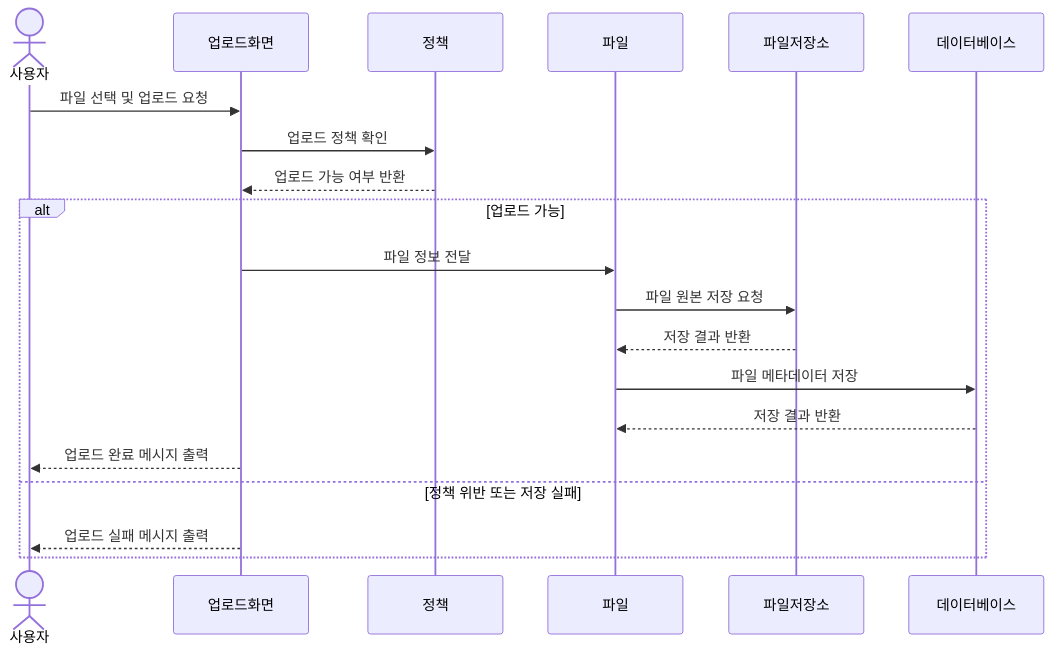
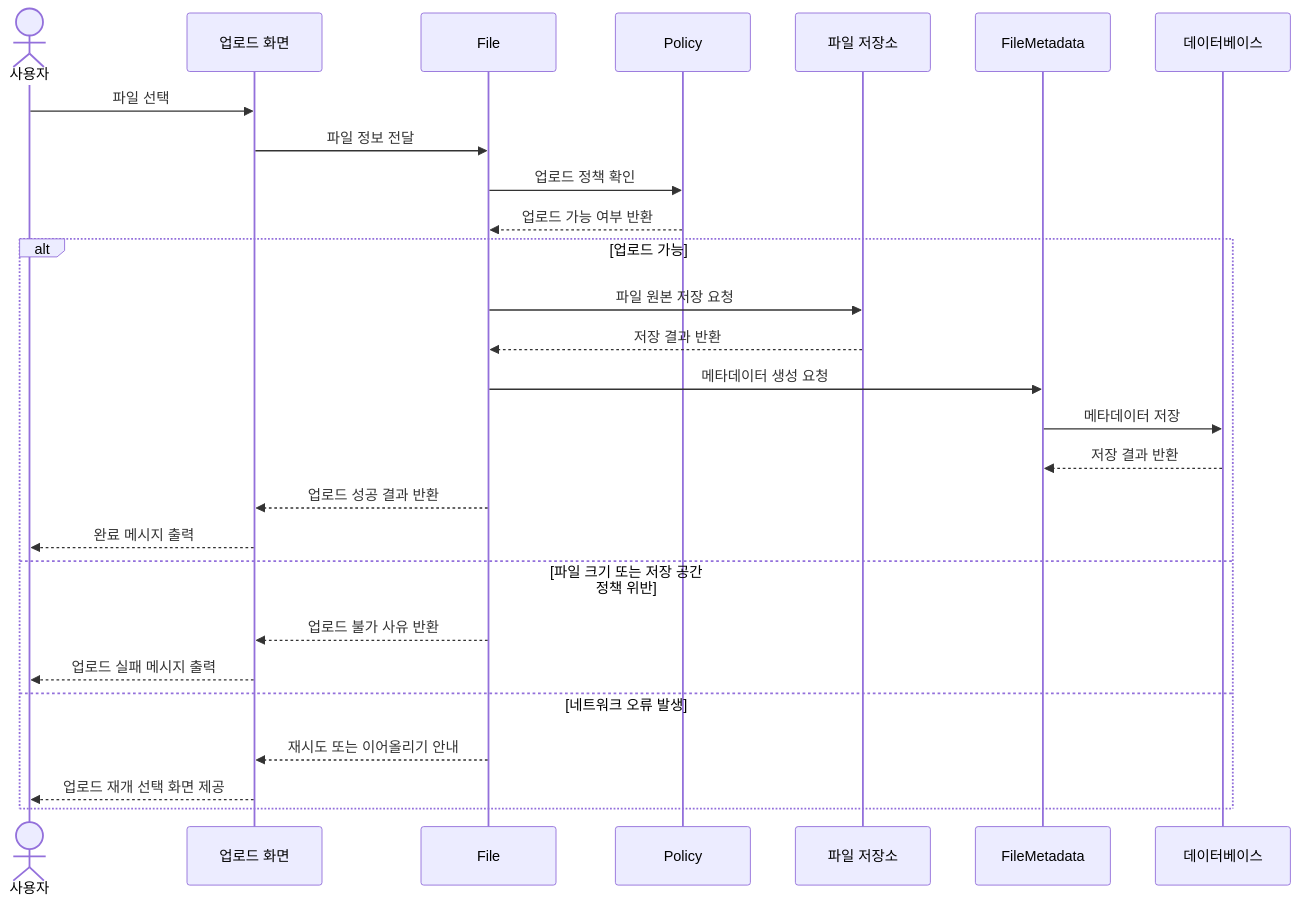
One commit to csharon0218/se changed the eighth of 16 diagrams in doc/requirements_analysis.md. Above: the diagram before and after it, drawn with Mermaid. The commit also changed other lines of this file and 7 other files, not shown here.

````diff
--- a/doc/requirements_analysis.md
+++ b/doc/requirements_analysis.md
@@ -1205,23 +1504,31 @@
 ```mermaid
 sequenceDiagram
     actor User as 사용자
-    participant UI as 업로드화면
-    participant Policy as 정책
-    participant File as 파일
-    participant Storage as 파일저장소
+    participant UI as 업로드 화면
+    participant File as File
+    participant Policy as Policy
+    participant Storage as 파일 저장소
+    participant Meta as FileMetadata
     participant DB as 데이터베이스
 
-    User->>UI: 파일 선택 및 업로드 요청
-    UI->>Policy: 업로드 정책 확인
-    Policy-->>UI: 업로드 가능 여부 반환
+    User->>UI: 파일 선택
+    UI->>File: 파일 정보 전달
+    File->>Policy: 업로드 정책 확인
+    Policy-->>File: 업로드 가능 여부 반환
+
     alt 업로드 가능
-        UI->>File: 파일 정보 전달
         File->>Storage: 파일 원본 저장 요청
         Storage-->>File: 저장 결과 반환
-        File->>DB: 파일 메타데이터 저장
-        DB-->>File: 저장 결과 반환
-        UI-->>User: 업로드 완료 메시지 출력
-    else 정책 위반 또는 저장 실패
+        File->>Meta: 메타데이터 생성 요청
+        Meta->>DB: 메타데이터 저장
+        DB-->>Meta: 저장 결과 반환
+        File-->>UI: 업로드 성공 결과 반환
+        UI-->>User: 완료 메시지 출력
+    else 파일 크기 또는 저장 공간 정책 위반
+        File-->>UI: 업로드 불가 사유 반환
         UI-->>User: 업로드 실패 메시지 출력
+    else 네트워크 오류 발생
+        File-->>UI: 재시도 또는 이어올리기 안내
+        UI-->>User: 업로드 재개 선택 화면 제공
     end
 ```
````
